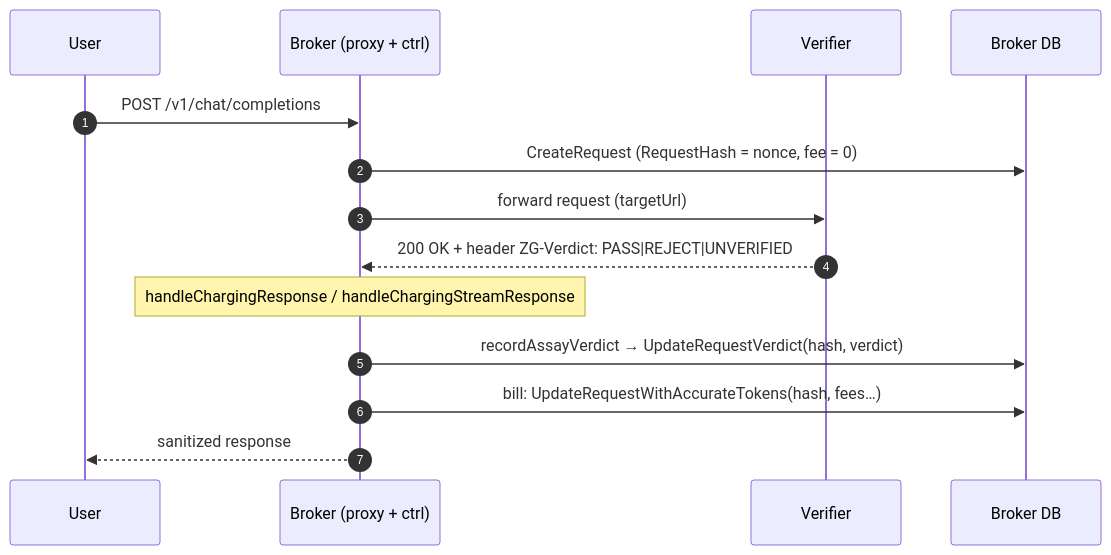
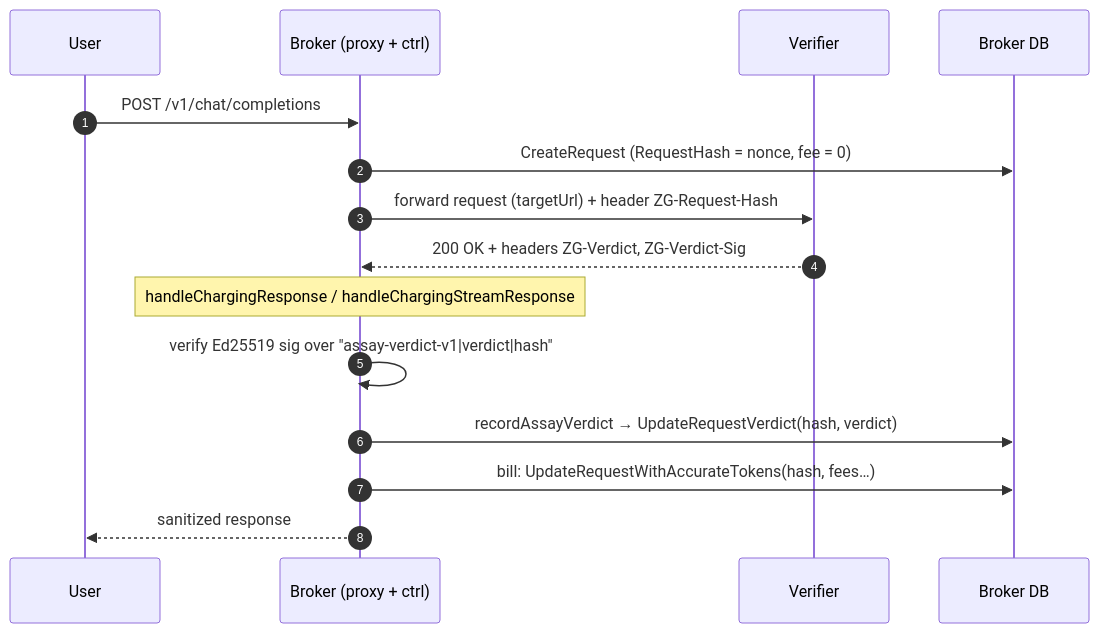
One commit to 0gfoundation/0g-serving-broker changed the second of 4 diagrams in docs/design/assay-verification-settlement.md. Above: the diagram before and after it, drawn with Mermaid. The commit also changed other lines of this file and 7 other files, not shown here.

First line of the commit message:
inference: authenticate the Assay verdict before it gates settlement

````diff
--- a/docs/design/assay-verification-settlement.md
+++ b/docs/design/assay-verification-settlement.md
@@ -69,17 +69,18 @@
 ```mermaid
 sequenceDiagram
     autonumber
     participant U as User
     participant B as Broker (proxy + ctrl)
     participant V as Verifier
     participant DB as Broker DB
 
     U->>B: POST /v1/chat/completions
     B->>DB: CreateRequest (RequestHash = nonce, fee = 0)
-    B->>V: forward request (targetUrl)
-    V-->>B: 200 OK + header ZG-Verdict: PASS|REJECT|UNVERIFIED
+    B->>V: forward request (targetUrl) + header ZG-Request-Hash
+    V-->>B: 200 OK + headers ZG-Verdict, ZG-Verdict-Sig
     Note over B: handleChargingResponse / handleChargingStreamResponse
+    B->>B: verify Ed25519 sig over "assay-verdict-v1|verdict|hash"
     B->>DB: recordAssayVerdict → UpdateRequestVerdict(hash, verdict)
     B->>DB: bill: UpdateRequestWithAccurateTokens(hash, fees…)
     B-->>U: sanitized response
 ```
````
